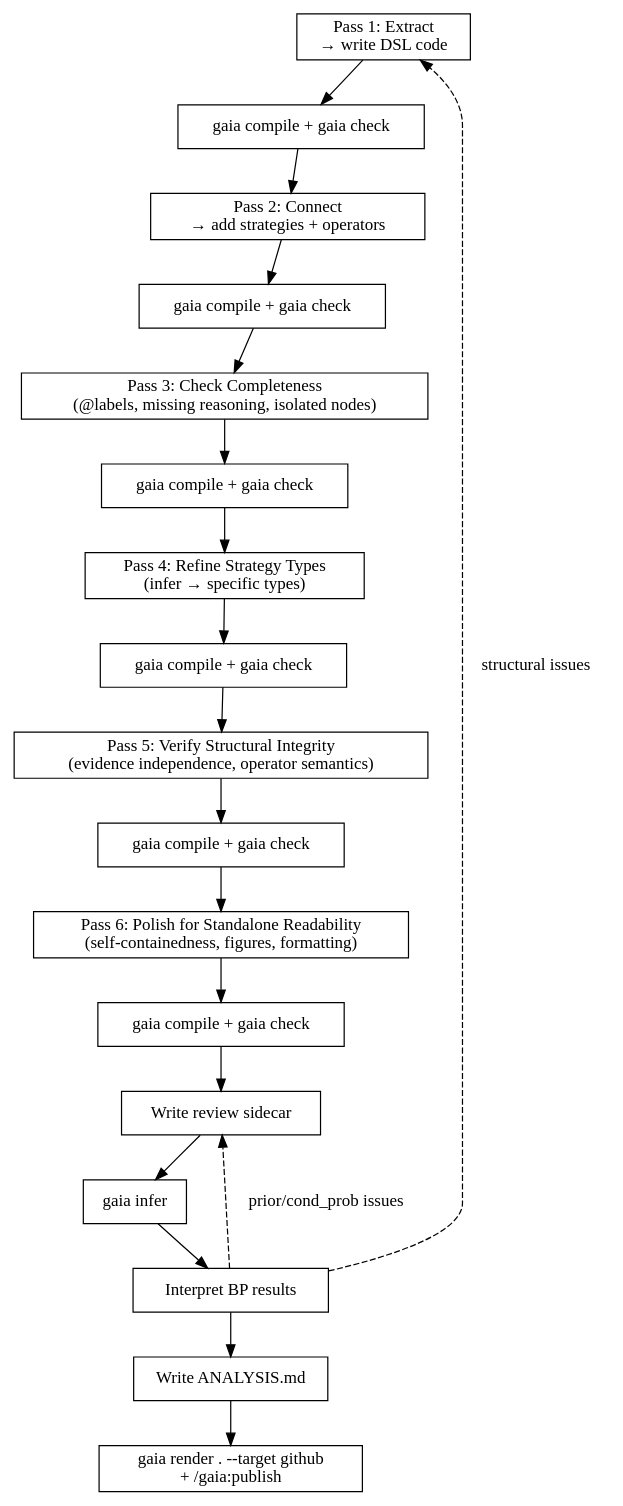
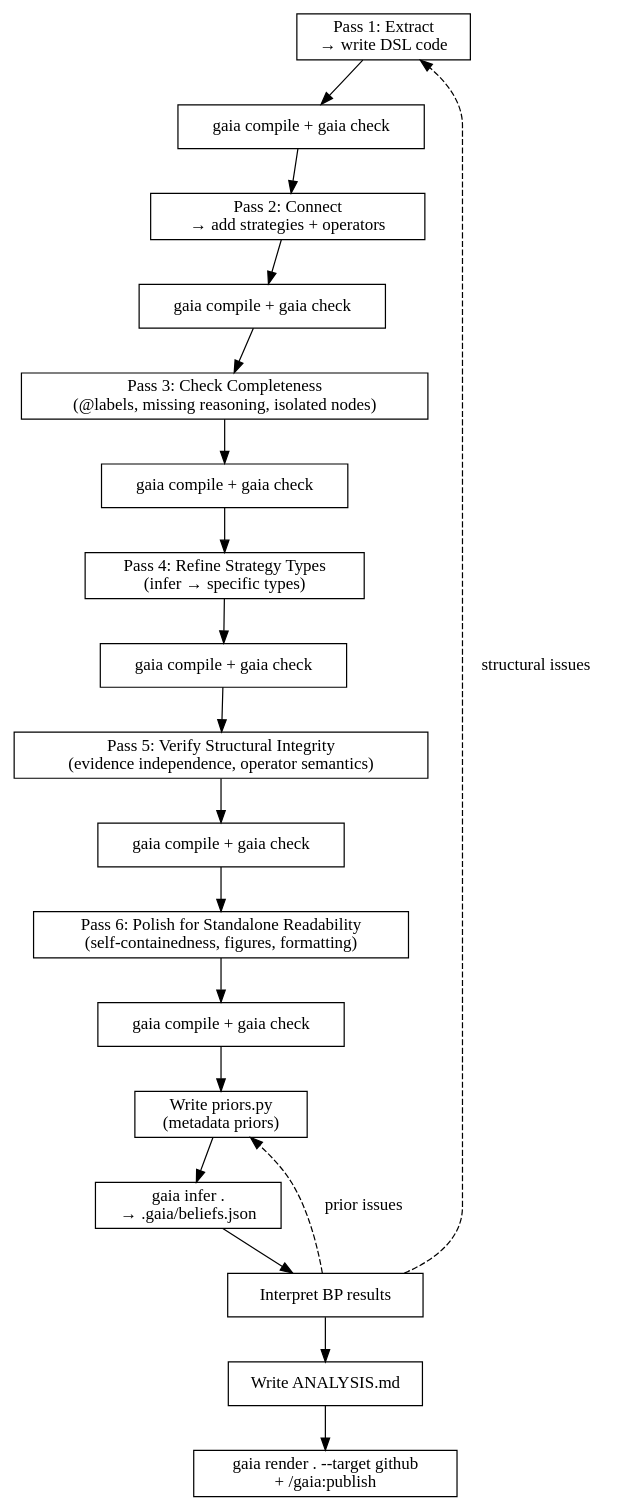
Before and after one commit to SiliconEinstein/Gaia: the first of 2 diagrams in skills/formalization/SKILL.md, drawn with Graphviz. The commit also changed other lines of this file and 7 other files, not shown here.

First line of the commit message:
docs: update inference docs for --depth and metadata priors

````diff
--- a/skills/formalization/SKILL.md
+++ b/skills/formalization/SKILL.md
@@ -18,30 +18,30 @@
 ```dot
 digraph formalization {
     rankdir=TB;
     node [shape=box];
 
     p1 [label="Pass 1: Extract\n→ write DSL code"];
     r1 [label="gaia compile + gaia check"];
     p2 [label="Pass 2: Connect\n→ add strategies + operators"];
     r2 [label="gaia compile + gaia check"];
     p3 [label="Pass 3: Check Completeness\n(@labels, missing reasoning, isolated nodes)"];
     r3 [label="gaia compile + gaia check"];
     p4 [label="Pass 4: Refine Strategy Types\n(infer → specific types)"];
     r4 [label="gaia compile + gaia check"];
     p5 [label="Pass 5: Verify Structural Integrity\n(evidence independence, operator semantics)"];
     r5 [label="gaia compile + gaia check"];
     p6 [label="Pass 6: Polish for Standalone Readability\n(self-containedness, figures, formatting)"];
     r6 [label="gaia compile + gaia check"];
-    review [label="Write review sidecar"];
-    infer [label="gaia infer"];
+    priors [label="Write priors.py\n(metadata priors)"];
+    infer [label="gaia infer .\n→ .gaia/beliefs.json"];
     interpret [label="Interpret BP results"];
     analysis [label="Write ANALYSIS.md"];
     readme [label="gaia render . --target github\n+ /gaia:publish"];
 
     p1 -> r1 -> p2 -> r2 -> p3 -> r3 -> p4 -> r4 -> p5 -> r5 -> p6 -> r6;
-    r6 -> review -> infer -> interpret;
+    r6 -> priors -> infer -> interpret;
     interpret -> p1 [label="structural issues" style=dashed];
-    interpret -> review [label="prior/cond_prob issues" style=dashed];
+    interpret -> priors [label="prior issues" style=dashed];
     interpret -> analysis -> readme;
 }
 ```
````
